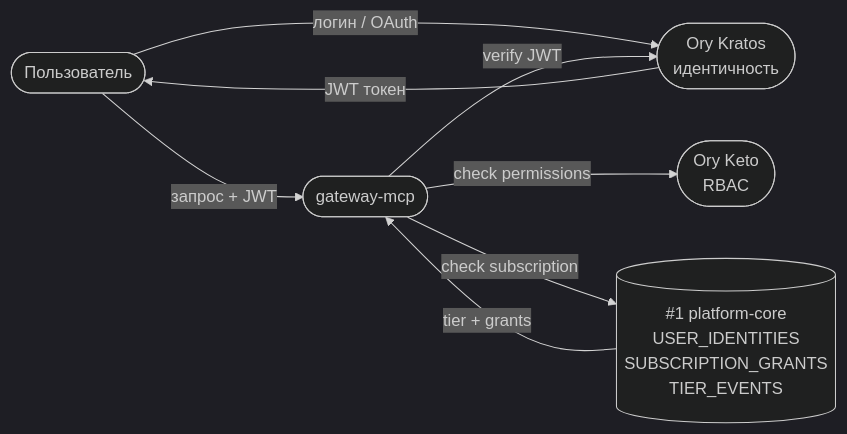
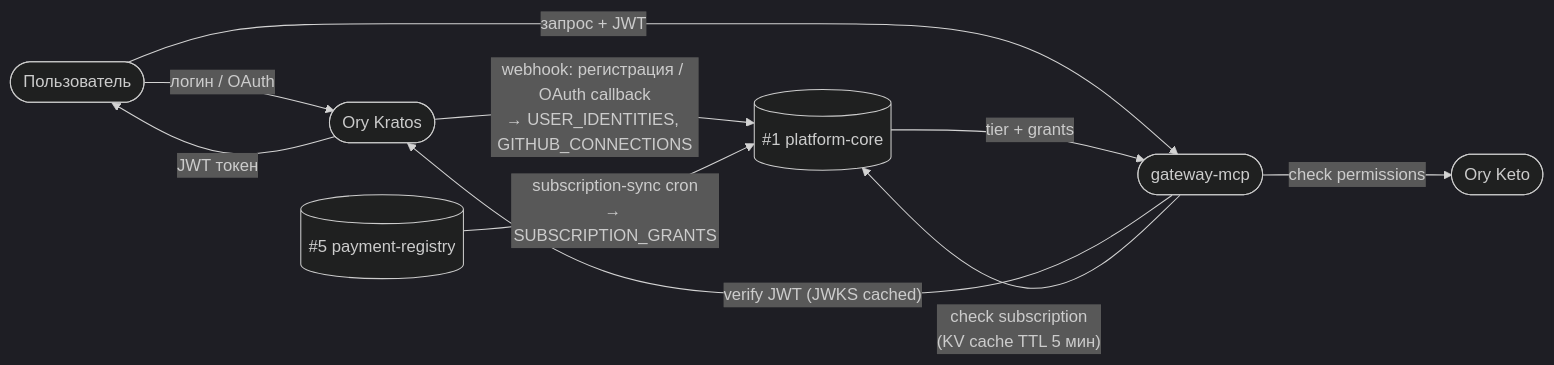
Before and after one commit to TserenTserenov/PACK-digital-platform: the second of 10 diagrams in pack/digital-platform/02-domain-entities/DP.ARCH.004-neon-data-architecture.md, drawn with Mermaid (dark theme). The commit also changed other lines of this file, not shown here.

First line of the commit message:
refactor(dp.arch.004): restructure §4 diagrams, fix §6 writers/readers

````diff
--- a/pack/digital-platform/02-domain-entities/DP.ARCH.004-neon-data-architecture.md
+++ b/pack/digital-platform/02-domain-entities/DP.ARCH.004-neon-data-architecture.md
@@ -188,16 +232,19 @@
 ```mermaid
 graph LR
     User([Пользователь])
-    Ory([Ory Kratos\nидентичность])
-    Keto([Ory Keto\nRBAC])
+    Ory([Ory Kratos])
+    Keto([Ory Keto])
     GW([gateway-mcp])
-    PC[(#1 platform-core\nUSER_IDENTITIES\nSUBSCRIPTION_GRANTS\nTIER_EVENTS)]
+    PC[(#1 platform-core)]
+    PR[(#5 payment-registry)]
 
     User -->|"логин / OAuth"| Ory
     Ory  -->|"JWT токен"| User
+    Ory  -->|"webhook: регистрация / OAuth callback\n→ USER_IDENTITIES, GITHUB_CONNECTIONS"| PC
     User -->|"запрос + JWT"| GW
-    GW   -->|"verify JWT"| Ory
+    GW   -->|"verify JWT (JWKS cached)"| Ory
     GW   -->|"check permissions"| Keto
-    GW   -->|"check subscription"| PC
+    GW   -->|"check subscription\n(KV cache TTL 5 мин)"| PC
     PC   -->|"tier + grants"| GW
+    PR   -->|"subscription-sync cron\n→ SUBSCRIPTION_GRANTS"| PC
 ```
````
